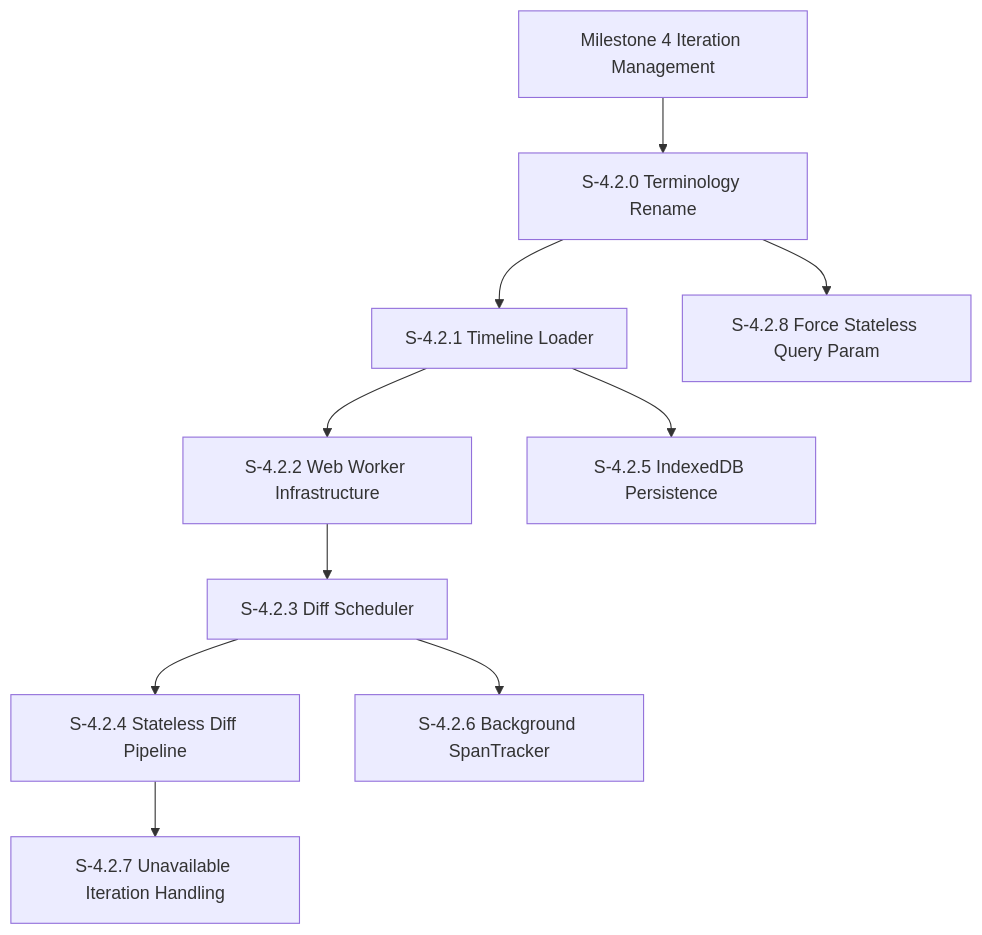
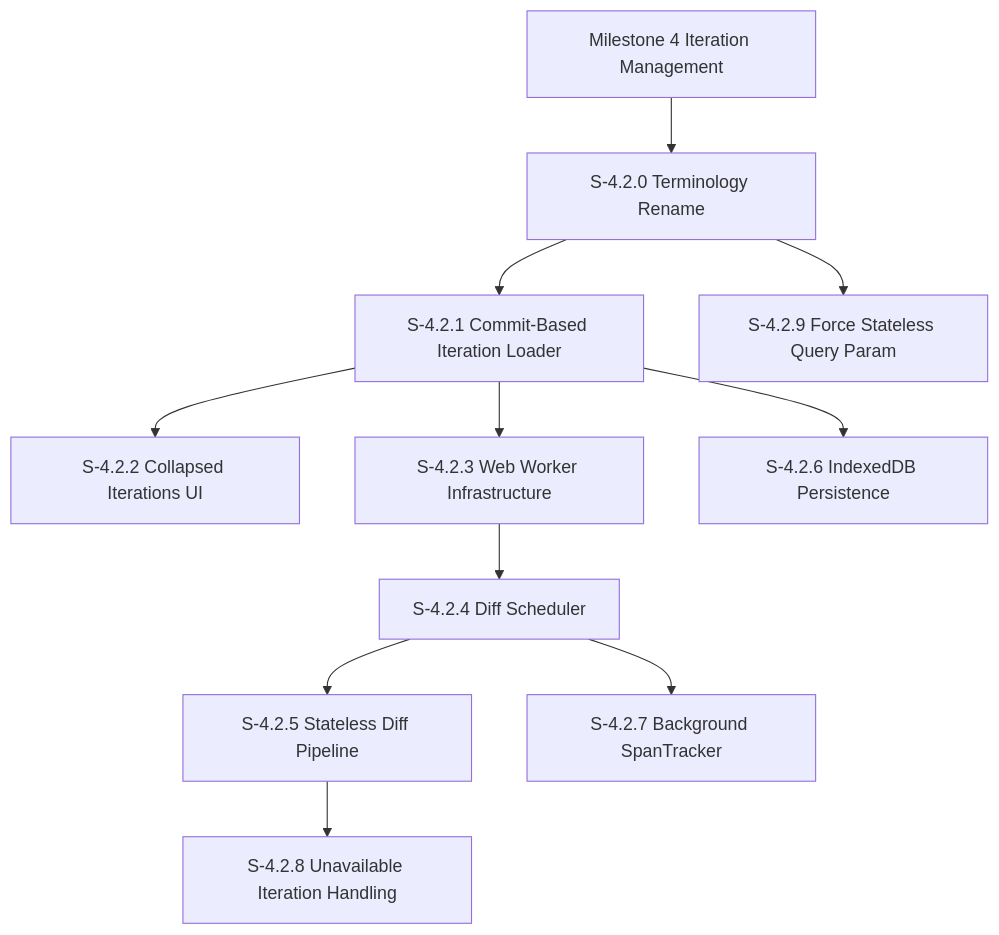
One commit to vezzadev/codjiflo changed the diagram in spec/stories/milestone-4.2-stateless-iteration-management.md. Above: the diagram before and after it, drawn with Mermaid. The commit also changed other lines of this file and 2 other files, not shown here.

First line of the commit message:
spec(iterations): define commit-based iteration model for stateless mode

````diff
--- a/spec/stories/milestone-4.2-stateless-iteration-management.md
+++ b/spec/stories/milestone-4.2-stateless-iteration-management.md
@@ -17,13 +17,14 @@
 ```mermaid
 graph TD
-    S4.2.0[S-4.2.0 Terminology Rename] --> S4.2.1[S-4.2.1 Timeline Loader]
-    S4.2.1 --> S4.2.2[S-4.2.2 Web Worker Infrastructure]
-    S4.2.2 --> S4.2.3[S-4.2.3 Diff Scheduler]
-    S4.2.3 --> S4.2.4[S-4.2.4 Stateless Diff Pipeline]
-    S4.2.1 --> S4.2.5[S-4.2.5 IndexedDB Persistence]
-    S4.2.3 --> S4.2.6[S-4.2.6 Background SpanTracker]
-    S4.2.4 --> S4.2.7[S-4.2.7 Unavailable Iteration Handling]
-    S4.2.0 --> S4.2.8[S-4.2.8 Force Stateless Query Param]
+    S4.2.0[S-4.2.0 Terminology Rename] --> S4.2.1[S-4.2.1 Commit-Based Iteration Loader]
+    S4.2.1 --> S4.2.2[S-4.2.2 Collapsed Iterations UI]
+    S4.2.1 --> S4.2.3[S-4.2.3 Web Worker Infrastructure]
+    S4.2.3 --> S4.2.4[S-4.2.4 Diff Scheduler]
+    S4.2.4 --> S4.2.5[S-4.2.5 Stateless Diff Pipeline]
+    S4.2.1 --> S4.2.6[S-4.2.6 IndexedDB Persistence]
+    S4.2.4 --> S4.2.7[S-4.2.7 Background SpanTracker]
+    S4.2.5 --> S4.2.8[S-4.2.8 Unavailable Iteration Handling]
+    S4.2.0 --> S4.2.9[S-4.2.9 Force Stateless Query Param]
 
     M4[Milestone 4 Iteration Management] --> S4.2.0
 ```
````
